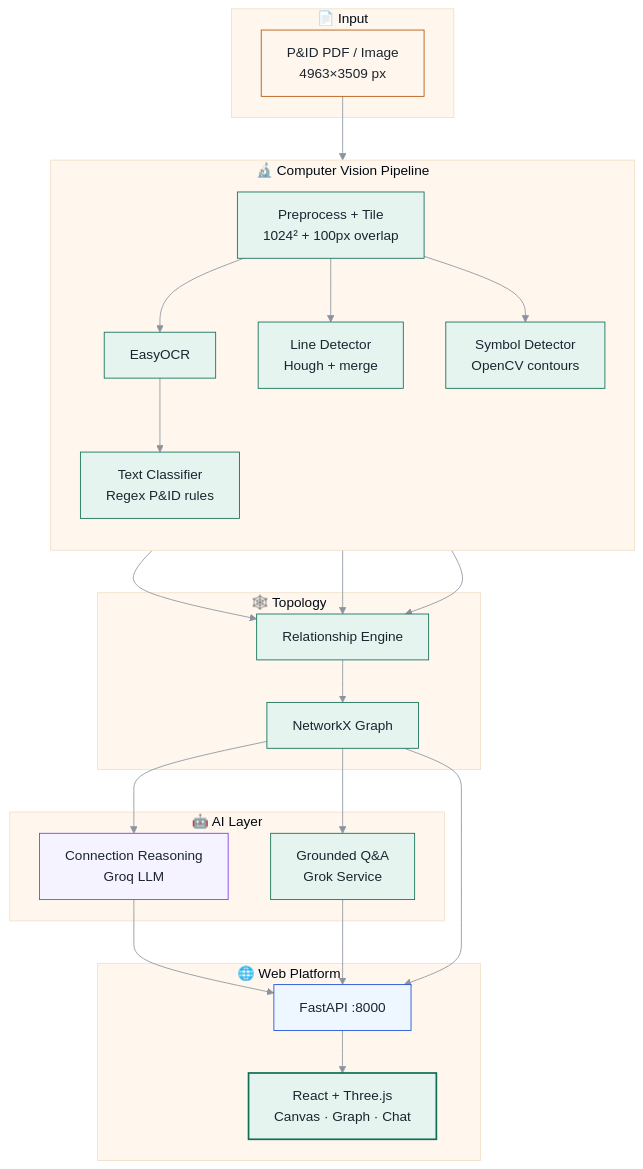
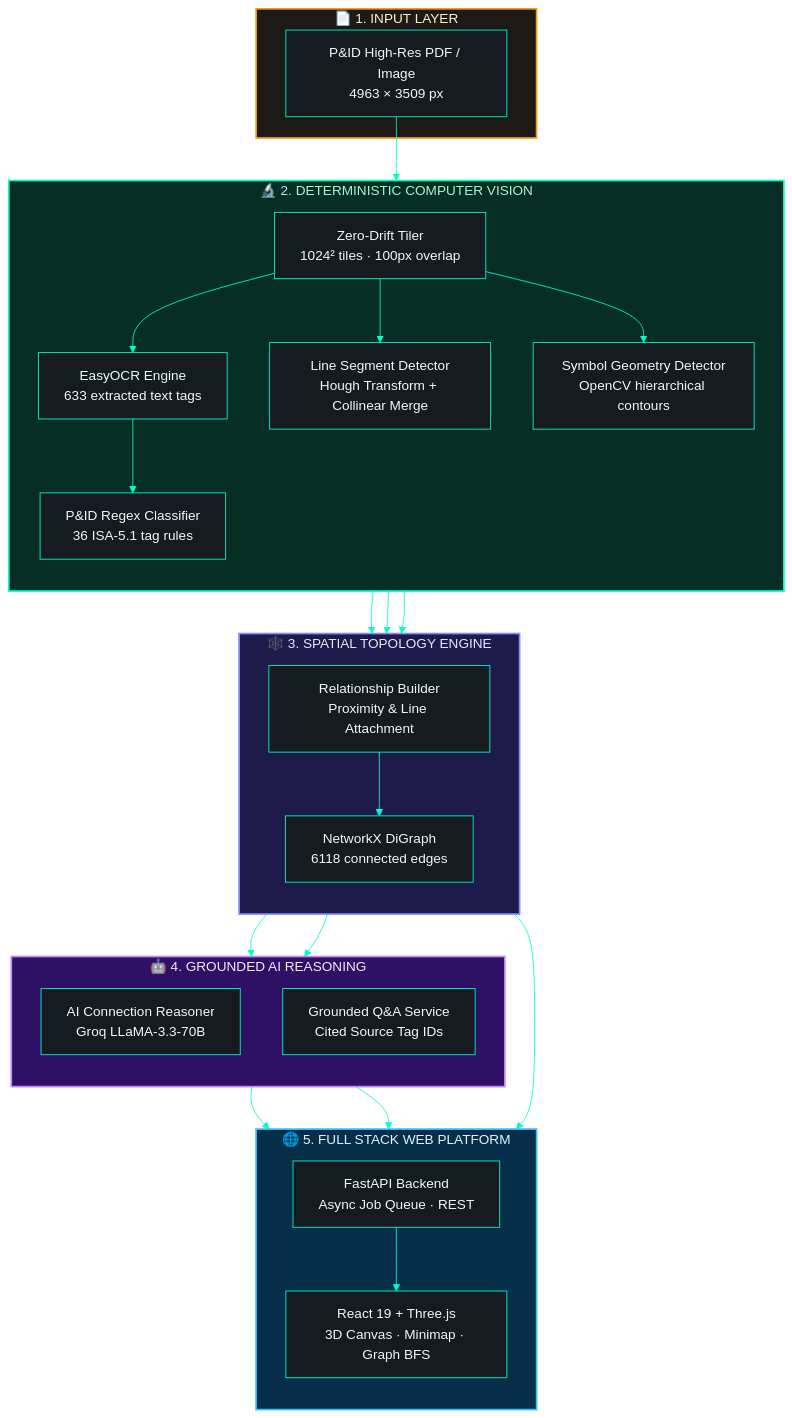
The first of 2 diagrams in README.md (manasshete/Vector-PID), drawn with Mermaid before and after one commit. The commit also changed other lines of this file, not shown here.

````diff
--- a/README.md
+++ b/README.md
@@ -83,46 +234,65 @@
 ```mermaid
-%%{init: {'theme': 'base', 'themeVariables': { 'primaryColor': '#e6f4ef', 'primaryTextColor': '#1c2430', 'primaryBorderColor': '#0f6e56', 'lineColor': '#8b949e', 'secondaryColor': '#eef1f4', 'tertiaryColor': '#fff7ed'}}}%%
+%%{init: {'theme': 'base', 'themeVariables': {
+  'primaryColor': '#0d1117',
+  'primaryTextColor': '#f0f6fc',
+  'primaryBorderColor': '#00ffc8',
+  'lineColor': '#00ffc8',
+  'secondaryColor': '#161b22',
+  'tertiaryColor': '#21262d',
+  'background': '#0d1117',
+  'mainBkg': '#161b22',
+  'nodeBorder': '#00ffc8',
+  'clusterBkg': '#0d1117',
+  'titleColor': '#00ffc8',
+  'edgeLabelBackground': '#161b22',
+  'fontFamily': 'JetBrains Mono'
+}}}%%
 flowchart TB
-    subgraph INPUT["📄 Input"]
-        PDF["P&ID PDF / Image<br/>4963×3509 px"]
+    subgraph IN["📄 1. INPUT LAYER"]
+        PDF["P&ID High-Res PDF / Image<br/>4963 × 3509 px"]
     end
 
-    subgraph CV["🔬 Computer Vision Pipeline"]
+    subgraph CV["🔬 2. DETERMINISTIC COMPUTER VISION"]
         direction TB
-        PRE["Preprocess + Tile<br/>1024² + 100px overlap"]
-        OCR["EasyOCR"]
-        CLS["Text Classifier<br/>Regex P&ID rules"]
-        LINE["Line Detector<br/>Hough + merge"]
-        SYM["Symbol Detector<br/>OpenCV contours"]
+        PRE["Zero-Drift Tiler<br/>1024² tiles · 100px overlap"]
+        OCR["EasyOCR Engine<br/>633 extracted text tags"]
+        CLS["P&ID Regex Classifier<br/>36 ISA-5.1 tag rules"]
+        LINE["Line Segment Detector<br/>Hough Transform + Collinear Merge"]
+        SYM["Symbol Geometry Detector<br/>OpenCV hierarchical contours"]
+        
         PRE --> OCR & LINE & SYM
         OCR --> CLS
     end
 
-    subgraph TOPO["🕸️ Topology"]
-        REL["Relationship Engine"]
-        GRAPH["NetworkX Graph"]
+    subgraph TOPO["🕸️ 3. SPATIAL TOPOLOGY ENGINE"]
+        direction TB
+        REL["Relationship Builder<br/>Proximity & Line Attachment"]
+        GRAPH["NetworkX DiGraph<br/>6118 connected edges"]
         REL --> GRAPH
     end
 
-    subgraph AI["🤖 AI Layer"]
-        REASON["Connection Reasoning<br/>Groq LLM"]
-        CHAT["Grounded Q&A<br/>Grok Service"]
+    subgraph AI["🤖 4. GROUNDED AI REASONING"]
+        direction TB
+        REASON["AI Connection Reasoner<br/>Groq LLaMA-3.3-70B"]
+        CHAT["Grounded Q&A Service<br/>Cited Source Tag IDs"]
     end
 
-    subgraph WEB["🌐 Web Platform"]
-        API["FastAPI :8000"]
-        UI["React + Three.js<br/>Canvas · Graph · Chat"]
+    subgraph WEB["🌐 5. FULL STACK WEB PLATFORM"]
+        direction TB
+        API["FastAPI Backend<br/>Async Job Queue · REST"]
+        UI["React 19 + Three.js<br/>3D Canvas · Minimap · Graph BFS"]
         API --> UI
     end
 
     PDF --> PRE
     CLS & LINE & SYM --> REL
     GRAPH --> REASON & CHAT
     REASON & GRAPH --> API
     CHAT --> API
 
-    style PDF fill:#fff7ed,stroke:#b45309
-    style UI fill:#e6f4ef,stroke:#0f6e56,stroke-width:2px
-    style API fill:#eef6ff,stroke:#1d4ed8
-    style REASON fill:#f5f3ff,stroke:#7c3aed
+    style IN fill:#1c1917,stroke:#f59e0b,stroke-width:2px,color:#fef3c7
+    style CV fill:#062e24,stroke:#00ffc8,stroke-width:2px,color:#a7f3d0
+    style TOPO fill:#1e1b4b,stroke:#818cf8,stroke-width:2px,color:#e0e7ff
+    style AI fill:#2e1065,stroke:#c084fc,stroke-width:2px,color:#f3e8ff
+    style WEB fill:#082f49,stroke:#38bdf8,stroke-width:2px,color:#e0f2fe
 ```
````
